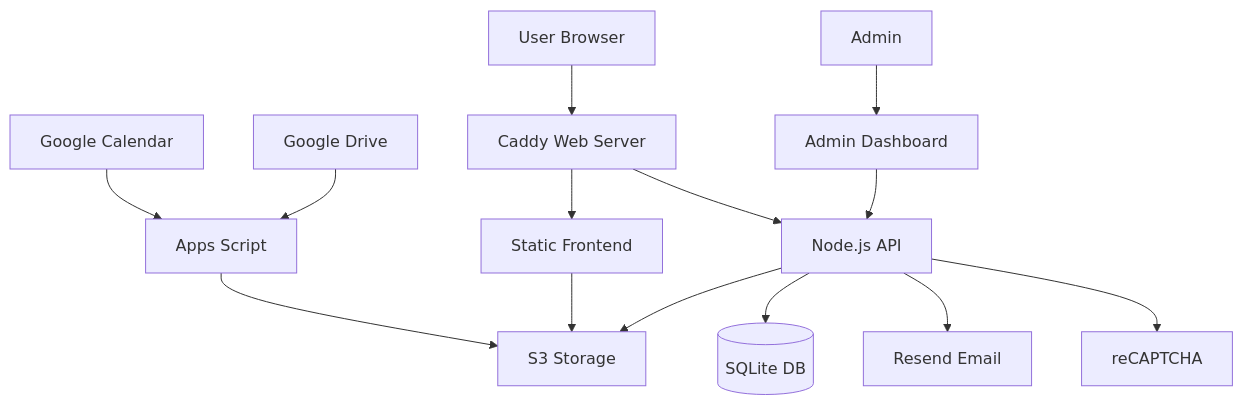
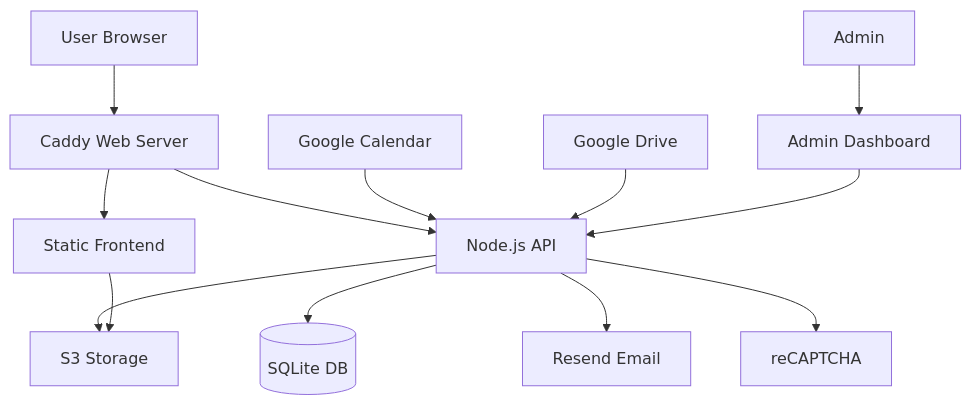
Before and after one commit to kkiisler/kaiu-kodukant-website: the diagram in README.md, drawn with Mermaid. The commit also changed other lines of this file, not shown here.

````diff
--- a/README.md
+++ b/README.md
@@ -38,20 +38,19 @@
 ```mermaid
 graph TD
     A[User Browser] --> B[Caddy Web Server]
     B --> C[Static Frontend]
     B --> D[Node.js API]
 
     D --> E[(SQLite DB)]
     D --> F[Resend Email]
     D --> G[reCAPTCHA]
 
-    H[Google Calendar] --> I[Apps Script]
-    J[Google Drive] --> I
-    I --> K[S3 Storage]
+    H[Google Calendar] --> D
+    J[Google Drive] --> D
+    D --> K[S3 Storage]
 
     C --> K
-    D --> K
 
     L[Admin] --> M[Admin Dashboard]
     M --> D
 ```
````
